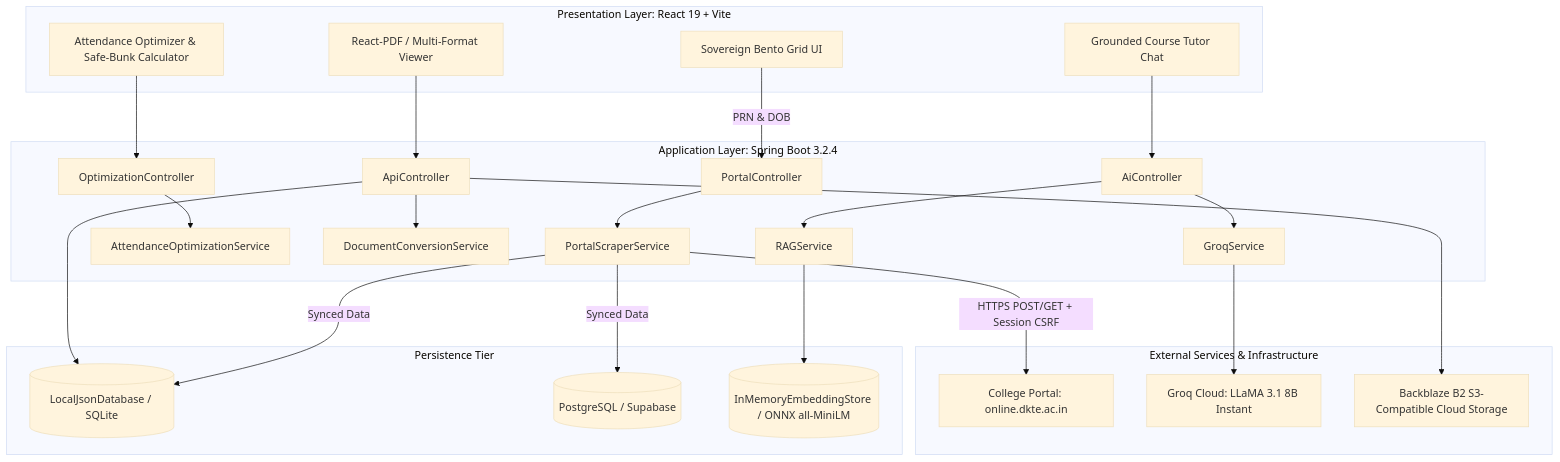
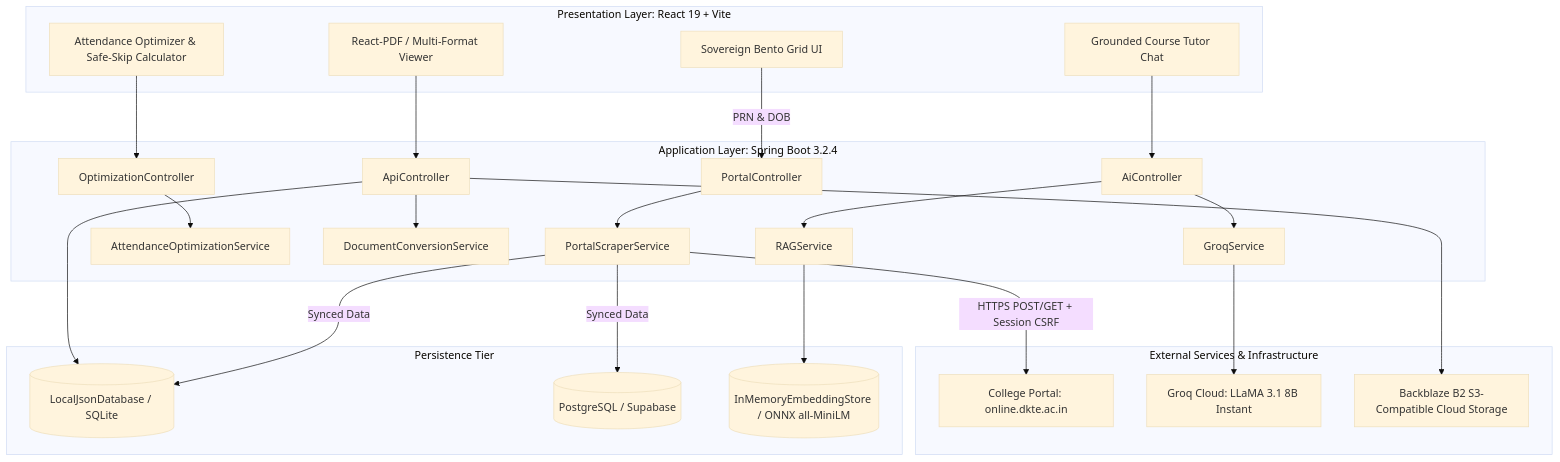
Before and after one commit to 199adarsh/EduVault: the first of 3 diagrams in PROJECT_ANALYSIS.md, drawn with Mermaid (base theme). The commit also changed other lines of this file and 17 other files, not shown here.

````diff
--- a/PROJECT_ANALYSIS.md
+++ b/PROJECT_ANALYSIS.md
@@ -306,55 +306,55 @@
 ```mermaid
 flowchart TD
     subgraph Client [Presentation Layer: React 19 + Vite]
         UI[Sovereign Bento Grid UI]
-        OptimizerUI[Attendance Optimizer & Safe-Bunk Calculator]
+        OptimizerUI[Attendance Optimizer & Safe-Skip Calculator]
         AITutorUI[Grounded Course Tutor Chat]
         DocViewer[React-PDF / Multi-Format Viewer]
     end
 
     subgraph Backend [Application Layer: Spring Boot 3.2.4]
         PortalCtrl[PortalController]
         ApiCtrl[ApiController]
         AiCtrl[AiController]
         OptCtrl[OptimizationController]
         
         Scraper[PortalScraperService]
         OptService[AttendanceOptimizationService]
         DocConv[DocumentConversionService]
         RAG[RAGService]
         Groq[GroqService]
     end
 
     subgraph External [External Services & Infrastructure]
         DKTE[College Portal: online.dkte.ac.in]
         GroqAPI[Groq Cloud: LLaMA 3.1 8B Instant]
         B2[Backblaze B2 S3-Compatible Cloud Storage]
     end
 
     subgraph Storage [Persistence Tier]
         LocalDB[(LocalJsonDatabase / SQLite)]
         SupaDB[(PostgreSQL / Supabase)]
         VecStore[(InMemoryEmbeddingStore / ONNX all-MiniLM)]
     end
 
     %% Interactions
     UI -->|PRN & DOB| PortalCtrl
     PortalCtrl --> Scraper
     Scraper -->|HTTPS POST/GET + Session CSRF| DKTE
     Scraper -->|Synced Data| LocalDB
     Scraper -->|Synced Data| SupaDB
 
     OptimizerUI --> OptCtrl
     OptCtrl --> OptService
     
     AITutorUI --> AiCtrl
     AiCtrl --> RAG
     AiCtrl --> Groq
     RAG --> VecStore
     Groq --> GroqAPI
 
     DocViewer --> ApiCtrl
     ApiCtrl --> DocConv
     ApiCtrl --> B2
     ApiCtrl --> LocalDB
 ```
````
